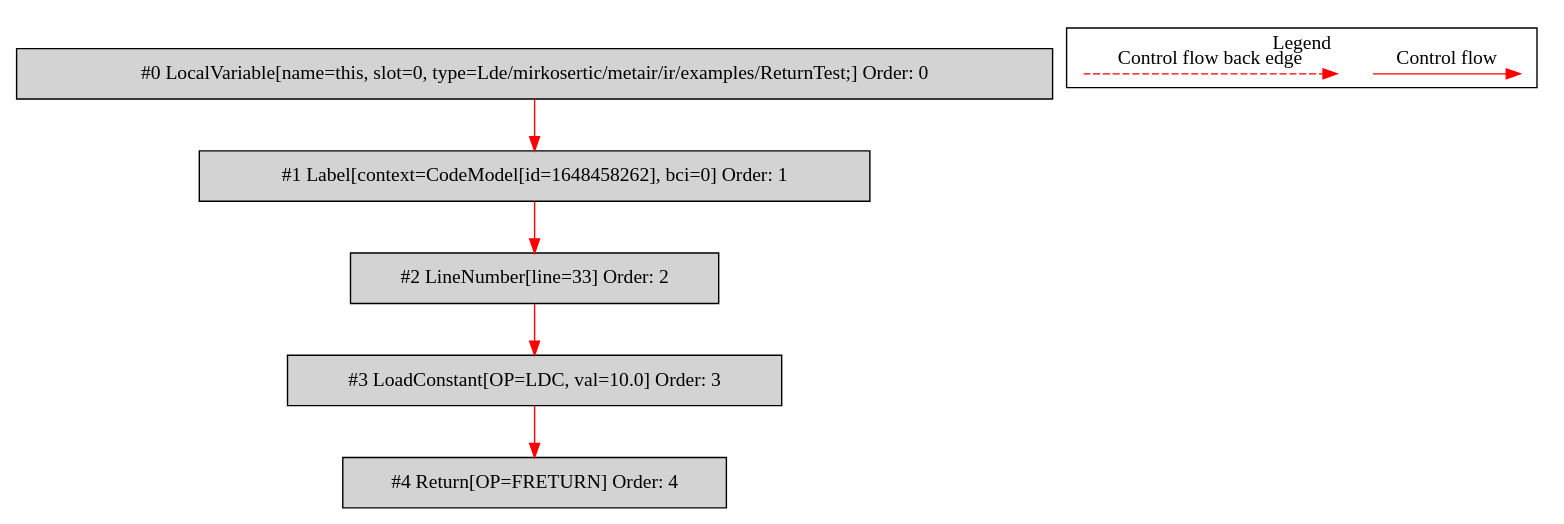
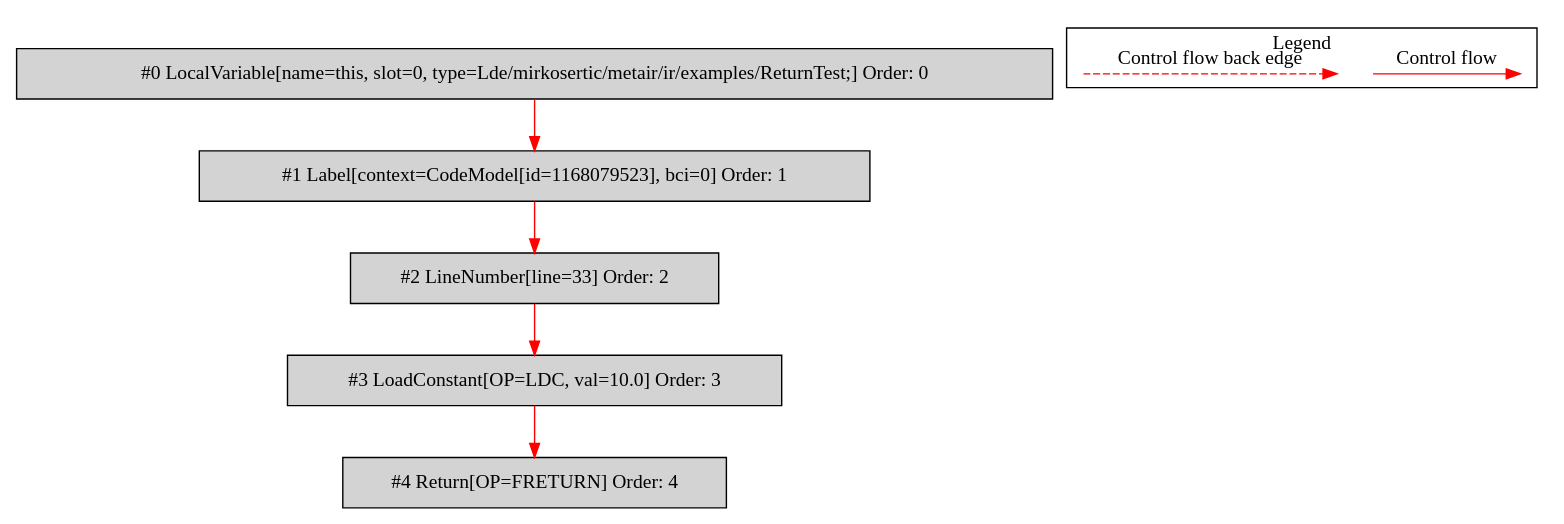
The diagram in de.mirkosertic.metair.ir.examples.ReturnTest/returnFloat/bytecodecfg.dot (mirkosertic/MetaIR), drawn with Graphviz before and after one commit. The commit also changed 506 other files, not shown here.

```diff
--- a/de.mirkosertic.metair.ir.examples.ReturnTest/returnFloat/bytecodecfg.dot
+++ b/de.mirkosertic.metair.ir.examples.ReturnTest/returnFloat/bytecodecfg.dot
@@ -1,25 +1,25 @@
 digraph {
  node0[label="#0 LocalVariable[name=this, slot=0, type=Lde/mirkosertic/metair/ir/examples/ReturnTest;] Order: 0", shape=box, fillcolor=lightgrey, style=filled];
- node1[label="#1 Label[context=CodeModel[id=1648458262], bci=0] Order: 1", shape=box, fillcolor=lightgrey, style=filled];
+ node1[label="#1 Label[context=CodeModel[id=1168079523], bci=0] Order: 1", shape=box, fillcolor=lightgrey, style=filled];
  node2[label="#2 LineNumber[line=33] Order: 2", shape=box, fillcolor=lightgrey, style=filled];
  node3[label="#3 LoadConstant[OP=LDC, val=10.0] Order: 3", shape=box, fillcolor=lightgrey, style=filled];
  node4[label="#4 Return[OP=FRETURN] Order: 4", shape=box, fillcolor=lightgrey, style=filled];
  node0 -> node1[color=red];
  node1 -> node2[color=red];
  node2 -> node3[color=red];
  node3 -> node4[color=red];
  subgraph cluster_000 {
   label = "Legend";
   node [shape=point]
   {
    rank=same;
    c0 [style = invis];
    c1 [style = invis];
    c2 [style = invis];
    c3 [style = invis];
   }
   c0 -> c1 [label="Control flow", style=solid, color=red]
   c2 -> c3 [label="Control flow back edge", style=dashed, color=red]
  }
 
 }
```
